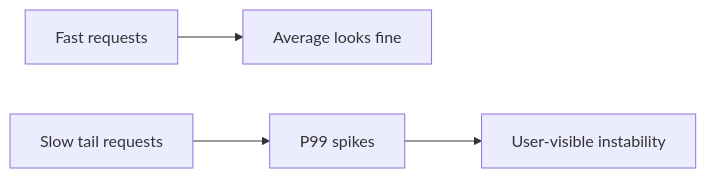
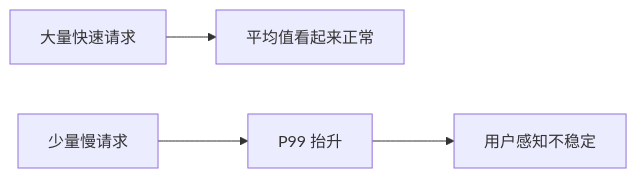
Before and after one commit to AmazingCaddy/readings-backend: the first of 3 diagrams in docs/performance/p99-latency.md, drawn with Mermaid. The commit also changed other lines of this file, not shown here.

````diff
--- a/docs/performance/p99-latency.md
+++ b/docs/performance/p99-latency.md
@@ -9,6 +12,6 @@
 ```mermaid
 flowchart LR
-    A[Fast requests] --> B[Average looks fine]
-    C[Slow tail requests] --> D[P99 spikes]
-    D --> E[User-visible instability]
+    A[大量快速请求] --> B[平均值看起来正常]
+    C[少量慢请求] --> D[P99 抬升]
+    D --> E[用户感知不稳定]
 ```
````
